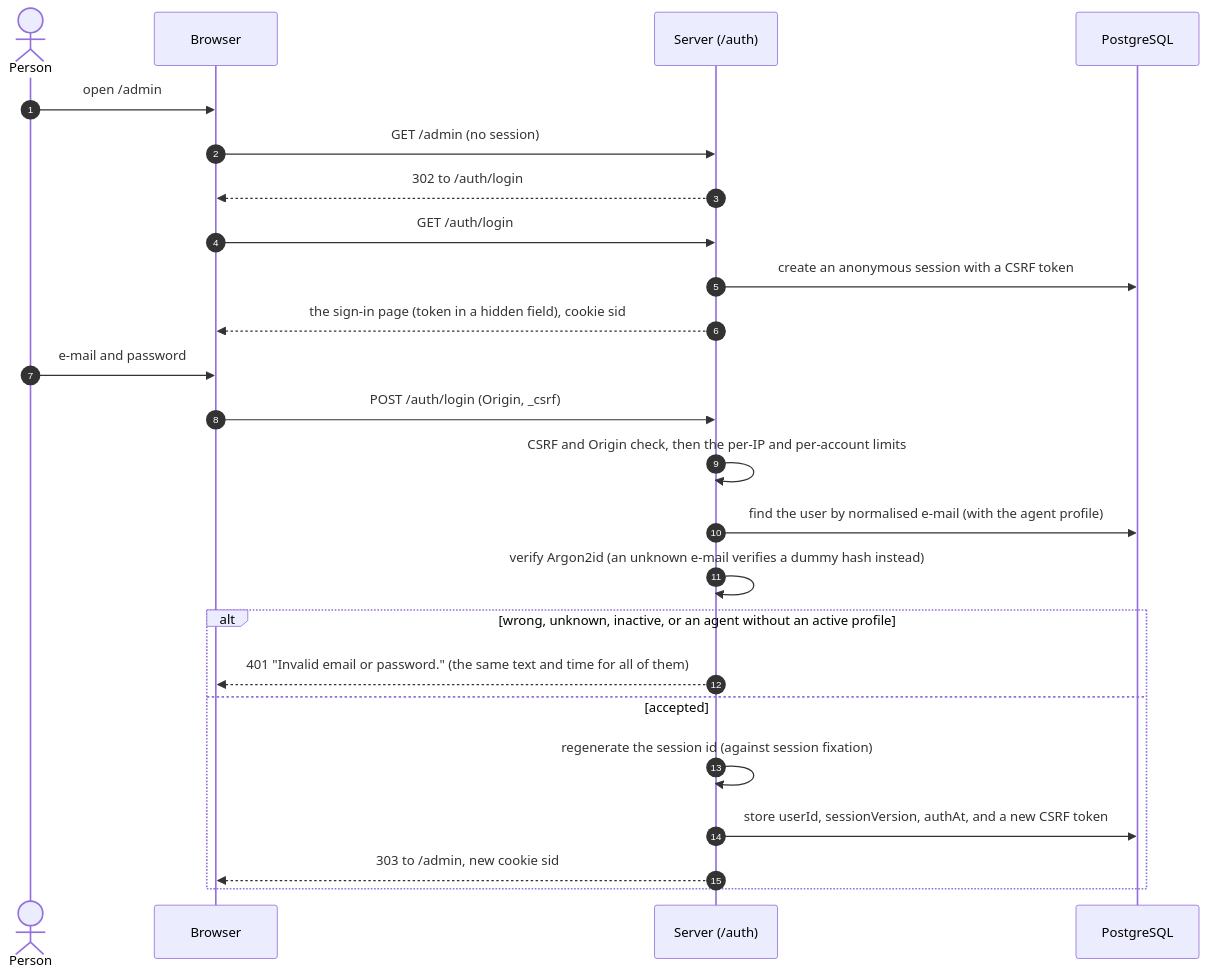
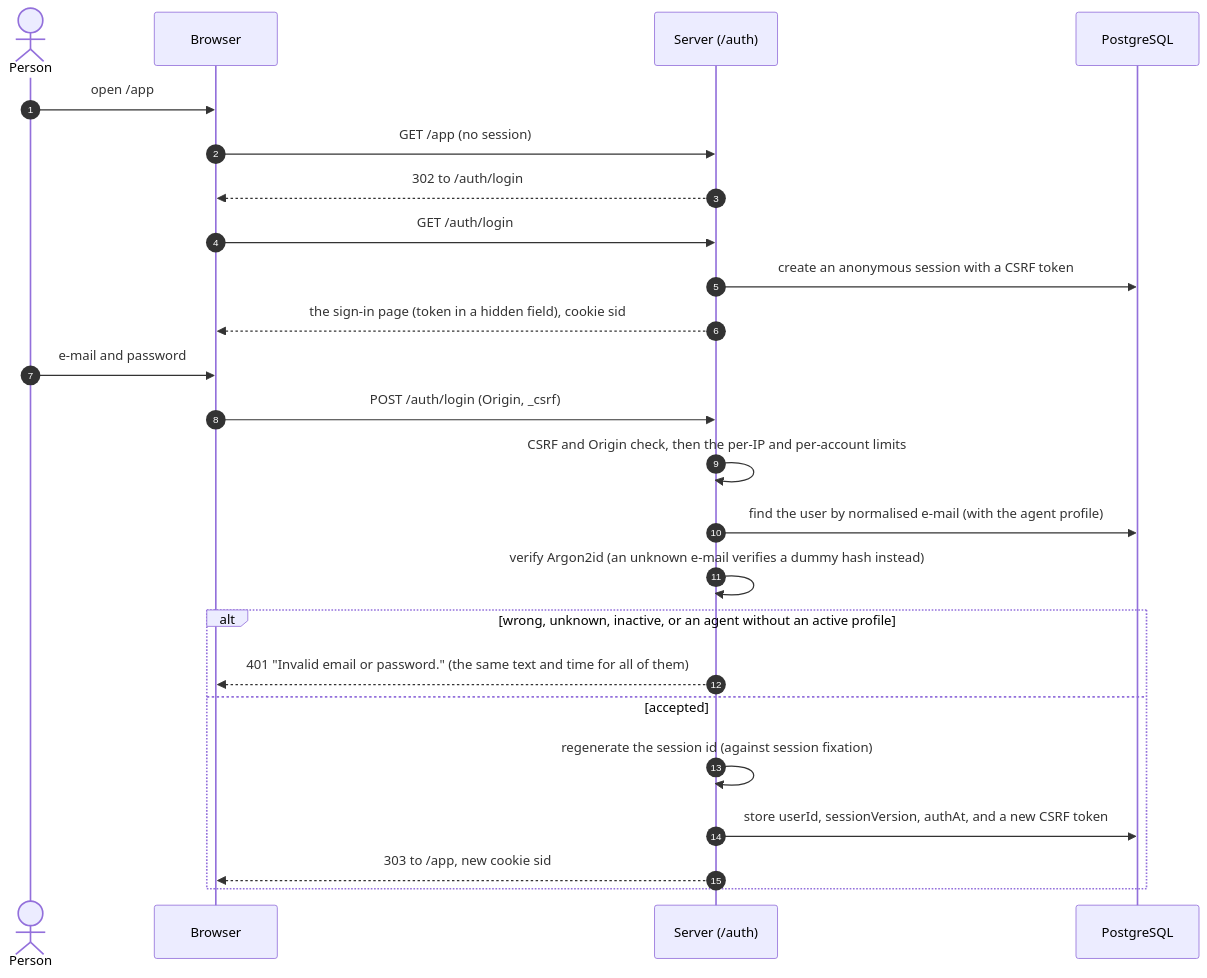
One commit to vasilykamenev/ticket-tracker changed the first of 3 diagrams in docs/authentication.md. Above: the diagram before and after it, drawn with Mermaid. The commit also changed other lines of this file and 16 other files, not shown here.

First line of the commit message:
feat: move the application root path from /admin to /app

````diff
--- a/docs/authentication.md
+++ b/docs/authentication.md
@@ -26,27 +26,27 @@
 ```mermaid
 sequenceDiagram
     autonumber
     actor P as Person
     participant B as Browser
     participant S as Server (/auth)
     participant DB as PostgreSQL
 
-    P->>B: open /admin
-    B->>S: GET /admin (no session)
+    P->>B: open /app
+    B->>S: GET /app (no session)
     S-->>B: 302 to /auth/login
     B->>S: GET /auth/login
     S->>DB: create an anonymous session with a CSRF token
     S-->>B: the sign-in page (token in a hidden field), cookie sid
     P->>B: e-mail and password
     B->>S: POST /auth/login (Origin, _csrf)
     S->>S: CSRF and Origin check, then the per-IP and per-account limits
     S->>DB: find the user by normalised e-mail (with the agent profile)
     S->>S: verify Argon2id (an unknown e-mail verifies a dummy hash instead)
     alt wrong, unknown, inactive, or an agent without an active profile
         S-->>B: 401 "Invalid email or password." (the same text and time for all of them)
     else accepted
         S->>S: regenerate the session id (against session fixation)
         S->>DB: store userId, sessionVersion, authAt, and a new CSRF token
-        S-->>B: 303 to /admin, new cookie sid
+        S-->>B: 303 to /app, new cookie sid
     end
 ```
````
